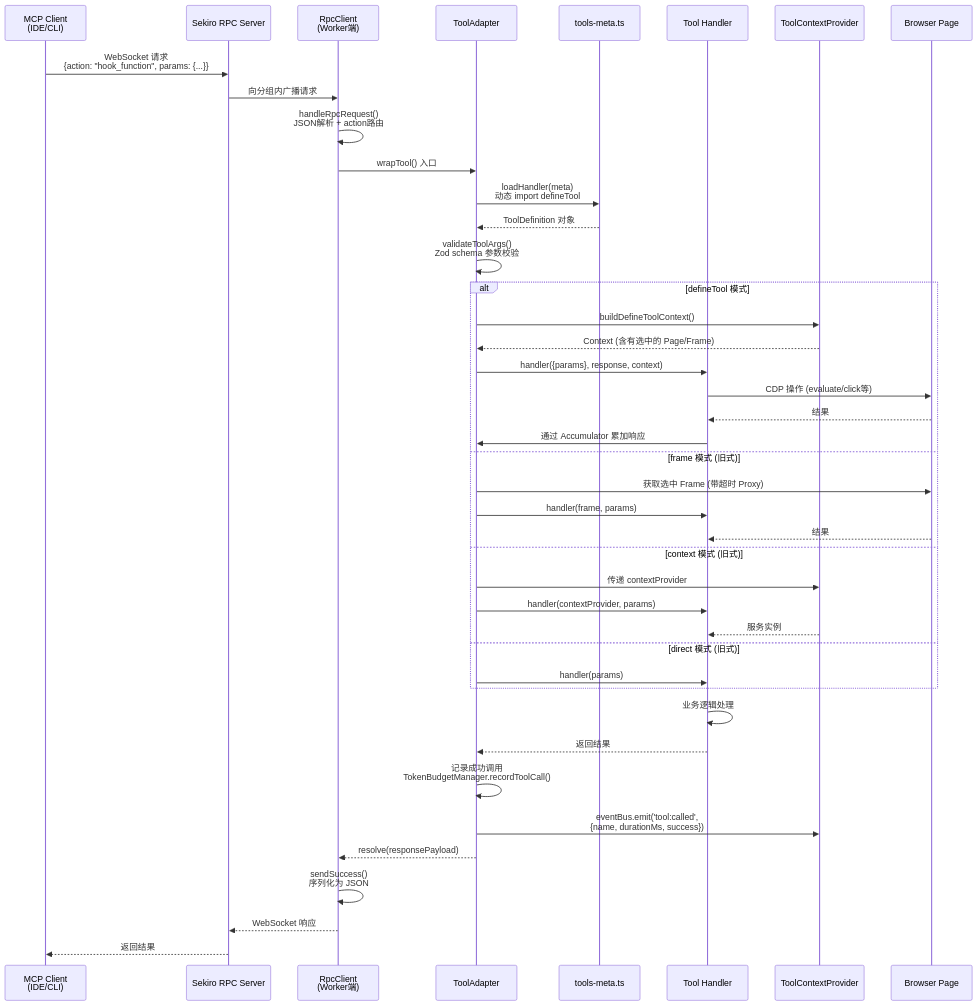
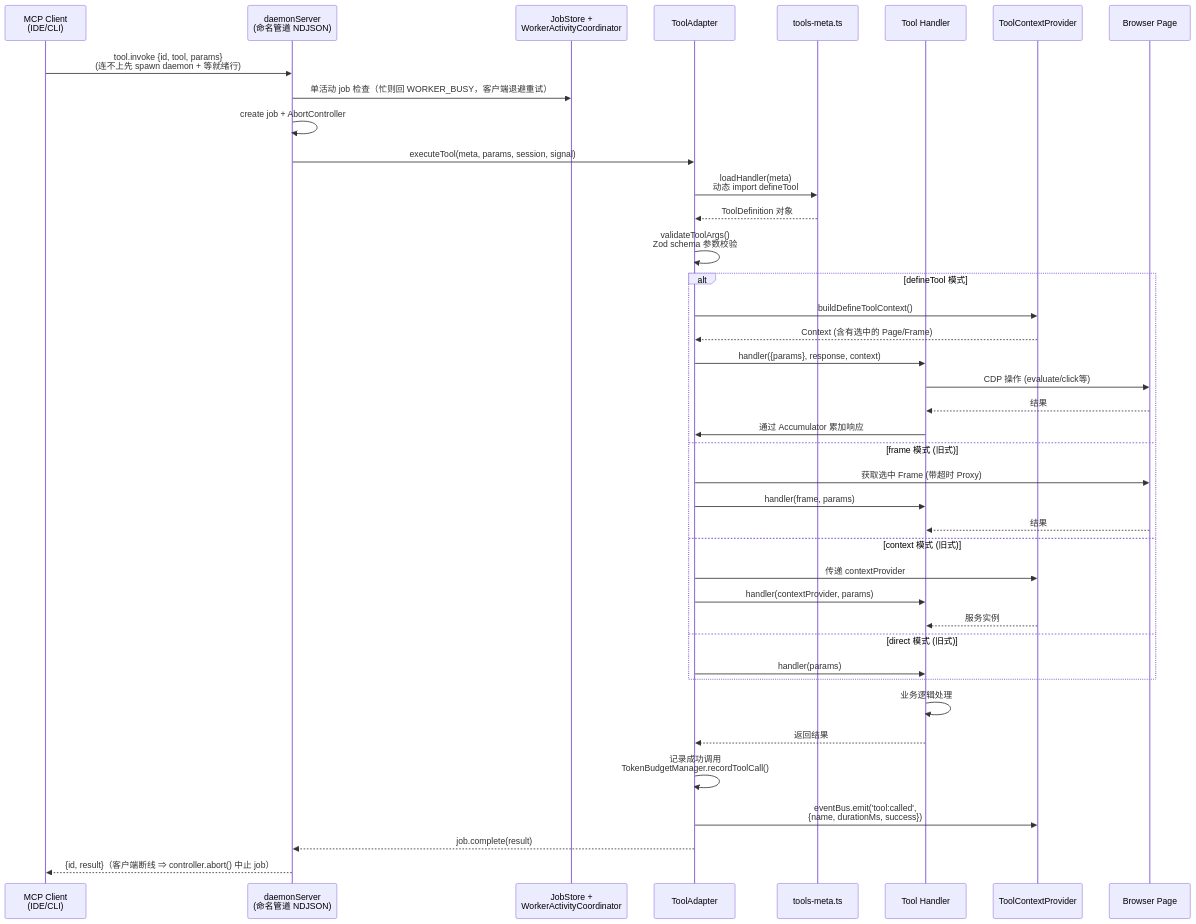
The second of 3 diagrams in README.md (ruoxhub/browsercli), drawn with Mermaid before and after one commit. The commit also changed other lines of this file and 5 other files, not shown here.

First line of the commit message:
docs: align transport docs and scripts with daemon socket IPC

````diff
--- a/README.md
+++ b/README.md
@@ -657,50 +660,48 @@
 ```mermaid
 sequenceDiagram
     participant Client as MCP Client<br/>(IDE/CLI)
-    participant Sekiro as Sekiro RPC Server
-    participant RPC as RpcClient<br/>(Worker端)
+    participant Daemon as daemonServer<br/>(命名管道 NDJSON)
+    participant Job as JobStore +<br/>WorkerActivityCoordinator
     participant Adapter as ToolAdapter
     participant Meta as tools-meta.ts
     participant Handler as Tool Handler
     participant CP as ToolContextProvider
     participant Page as Browser Page
 
-    Client->>Sekiro: WebSocket 请求<br/>{action: "hook_function", params: {...}}
-    Sekiro->>RPC: 向分组内广播请求
-    RPC->>RPC: handleRpcRequest()<br/>JSON解析 + action路由
+    Client->>Daemon: tool.invoke {id, tool, params}<br/>(连不上先 spawn daemon + 等就绪行)
+    Daemon->>Job: 单活动 job 检查（忙则回 WORKER_BUSY，客户端退避重试）
+    Daemon->>Daemon: create job + AbortController
 
-    RPC->>Adapter: wrapTool() 入口
+    Daemon->>Adapter: executeTool(meta, params, session, signal)
     Adapter->>Meta: loadHandler(meta)<br/>动态 import defineTool
     Meta-->>Adapter: ToolDefinition 对象
     Adapter->>Adapter: validateToolArgs()<br/>Zod schema 参数校验
 
     alt defineTool 模式
         Adapter->>CP: buildDefineToolContext()
         CP-->>Adapter: Context (含有选中的 Page/Frame)
         Adapter->>Handler: handler({params}, response, context)
         Handler->>Page: CDP 操作 (evaluate/click等)
         Page-->>Handler: 结果
         Handler->>Adapter: 通过 Accumulator 累加响应
     else frame 模式 (旧式)
         Adapter->>Page: 获取选中 Frame (带超时 Proxy)
         Adapter->>Handler: handler(frame, params)
         Page-->>Handler: 结果
     else context 模式 (旧式)
         Adapter->>CP: 传递 contextProvider
         Adapter->>Handler: handler(contextProvider, params)
         CP-->>Handler: 服务实例
     else direct 模式 (旧式)
         Adapter->>Handler: handler(params)
     end
 
     Handler->>Handler: 业务逻辑处理
     Handler-->>Adapter: 返回结果
 
     Adapter->>Adapter: 记录成功调用<br/>TokenBudgetManager.recordToolCall()
     Adapter->>CP: eventBus.emit('tool:called',<br/>{name, durationMs, success})
-    Adapter-->>RPC: resolve(responsePayload)
+    Adapter-->>Daemon: job.complete(result)
 
-    RPC->>RPC: sendSuccess()<br/>序列化为 JSON
-    RPC-->>Sekiro: WebSocket 响应
-    Sekiro-->>Client: 返回结果
+    Daemon-->>Client: {id, result}（客户端断线 ⇒ controller.abort() 中止 job）
 ```
````
